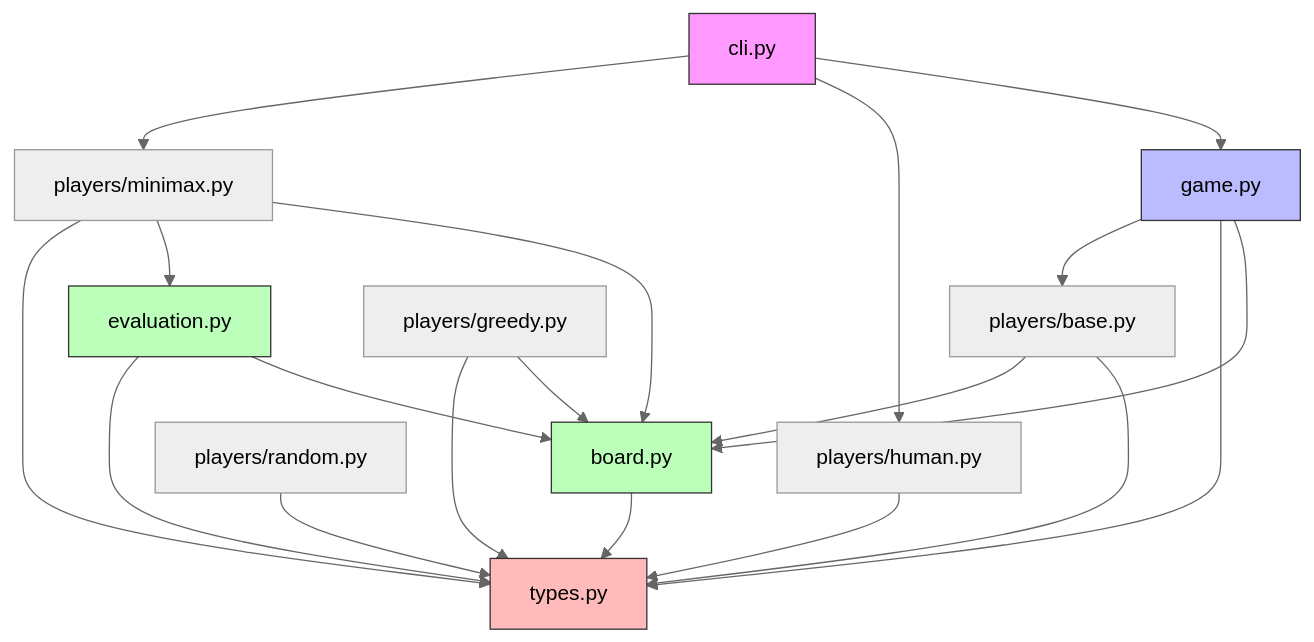
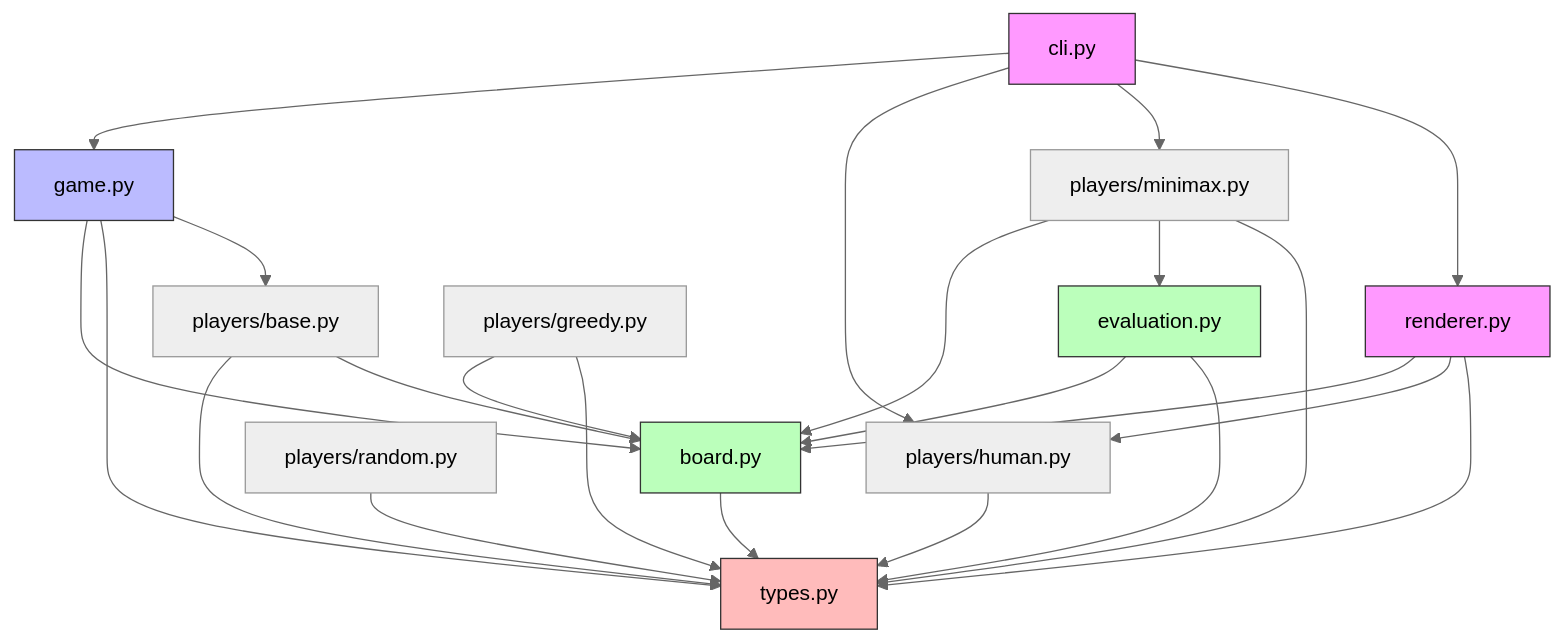
One commit to tavakolia/connect4 changed the first of 2 diagrams in docs/superpowers/specs/2026-04-12-connect4-design.md. Above: the diagram before and after it, drawn with Mermaid (neutral theme). The commit also changed other lines of this file and 8 other files, not shown here.

````diff
--- a/docs/superpowers/specs/2026-04-12-connect4-design.md
+++ b/docs/superpowers/specs/2026-04-12-connect4-design.md
@@ -71,27 +72,32 @@
 ```mermaid
 graph TD
     CLI[cli.py] --> Game[game.py]
     CLI --> HumanPlayer[players/human.py]
     CLI --> MinimaxPlayer[players/minimax.py]
+    CLI --> Renderer[renderer.py]
+    Renderer --> Board
+    Renderer --> HumanPlayer
+    Renderer --> Types
     Game --> Board[board.py]
     Game --> Types[types.py]
     Game --> PlayerProtocol[players/base.py]
     MinimaxPlayer --> Board
     MinimaxPlayer --> Evaluation[evaluation.py]
     MinimaxPlayer --> Types
     HumanPlayer --> Types
     RandomPlayer[players/random.py] --> Types
     GreedyPlayer[players/greedy.py] --> Board
     GreedyPlayer --> Types
     Evaluation --> Board
     Evaluation --> Types
     Board --> Types
     PlayerProtocol --> Types
     PlayerProtocol --> Board
 
     style CLI fill:#f9f,stroke:#333
+    style Renderer fill:#f9f,stroke:#333
     style Game fill:#bbf,stroke:#333
     style Board fill:#bfb,stroke:#333
     style Evaluation fill:#bfb,stroke:#333
     style Types fill:#fbb,stroke:#333
 ```
````
